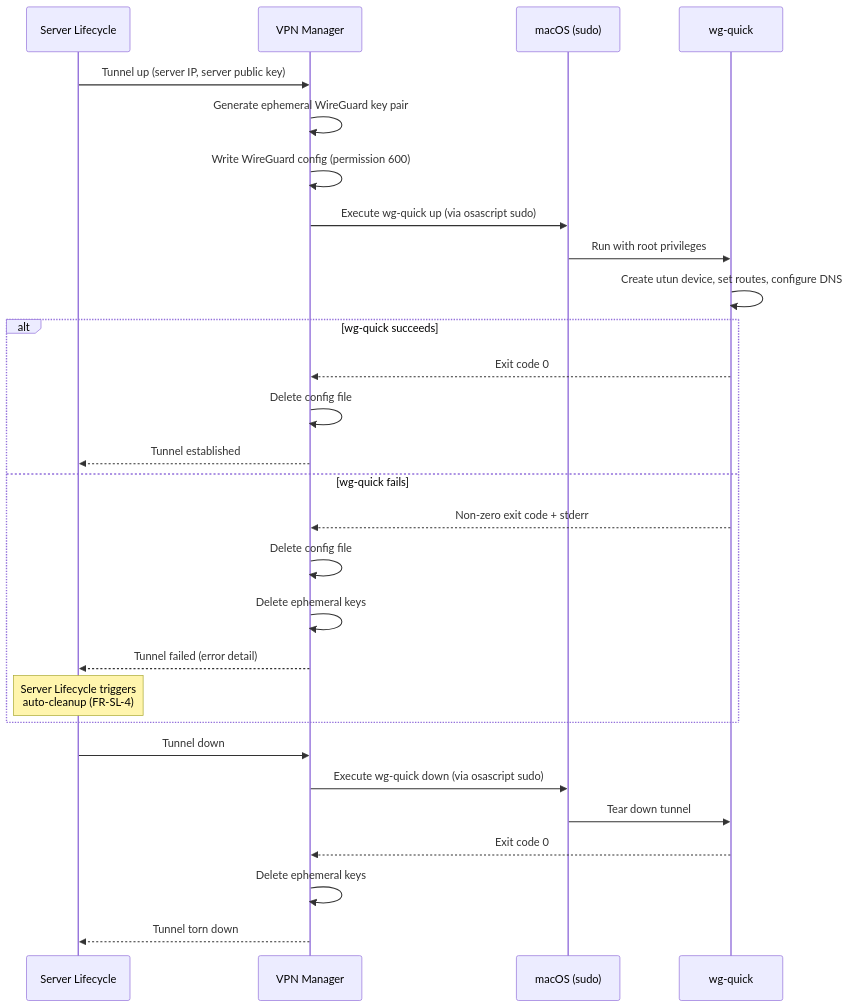
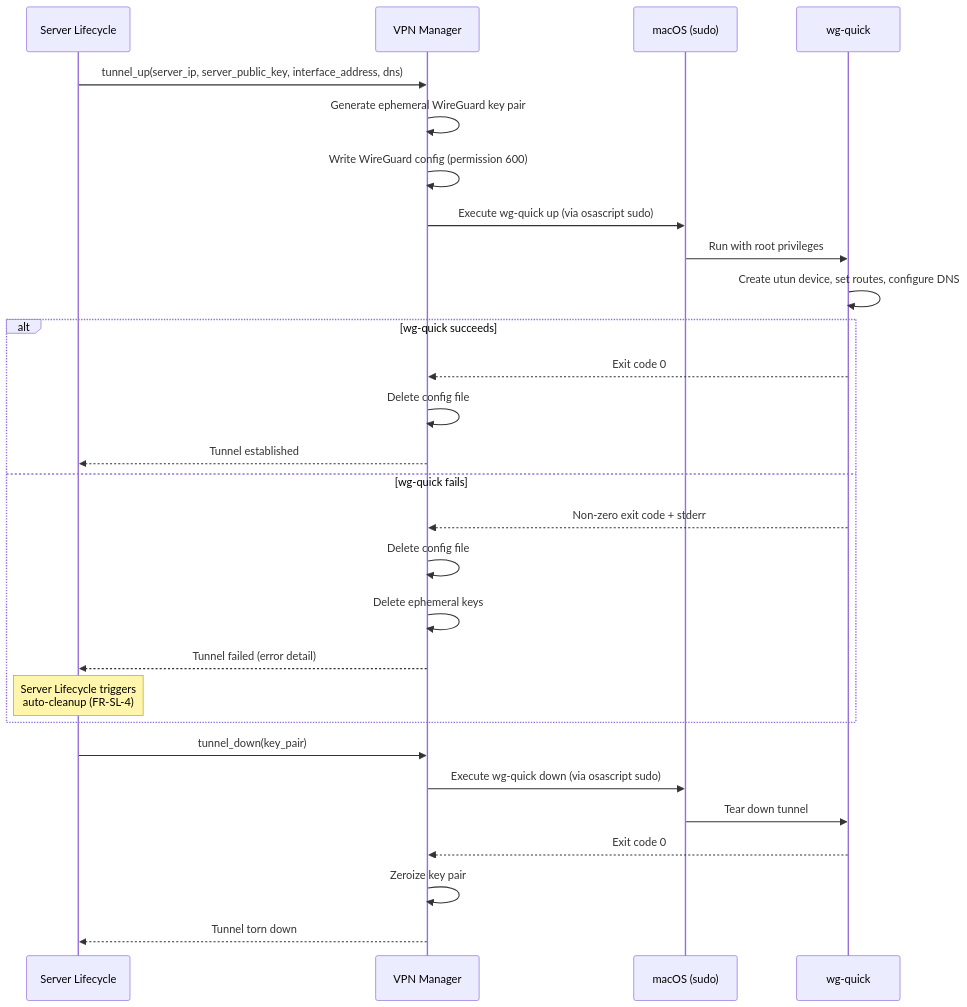
One commit to saemanas/oh-my-vpn changed the diagram in docs/adr/0001-use-wireguard-go-with-wg-quick.md. Above: the diagram before and after it, drawn with Mermaid. The commit also changed 10 other files, not shown here.

````diff
--- a/docs/adr/0001-use-wireguard-go-with-wg-quick.md
+++ b/docs/adr/0001-use-wireguard-go-with-wg-quick.md
@@ -49,33 +49,33 @@
 ```mermaid
 sequenceDiagram
     participant SL as Server Lifecycle
     participant VM as VPN Manager
     participant OS as macOS (sudo)
     participant WG as wg-quick
 
-    SL->>VM: Tunnel up (server IP, server public key)
+    SL->>VM: tunnel_up(server_ip, server_public_key, interface_address, dns)
     VM->>VM: Generate ephemeral WireGuard key pair
     VM->>VM: Write WireGuard config (permission 600)
     VM->>OS: Execute wg-quick up (via osascript sudo)
     OS->>WG: Run with root privileges
     WG->>WG: Create utun device, set routes, configure DNS
 
     alt wg-quick succeeds
         WG-->>VM: Exit code 0
         VM->>VM: Delete config file
         VM-->>SL: Tunnel established
     else wg-quick fails
         WG-->>VM: Non-zero exit code + stderr
         VM->>VM: Delete config file
         VM->>VM: Delete ephemeral keys
         VM-->>SL: Tunnel failed (error detail)
         Note over SL: Server Lifecycle triggers<br/>auto-cleanup (FR-SL-4)
     end
 
-    SL->>VM: Tunnel down
+    SL->>VM: tunnel_down(key_pair)
     VM->>OS: Execute wg-quick down (via osascript sudo)
     OS->>WG: Tear down tunnel
     WG-->>VM: Exit code 0
-    VM->>VM: Delete ephemeral keys
+    VM->>VM: Zeroize key pair
     VM-->>SL: Tunnel torn down
 ```
````
